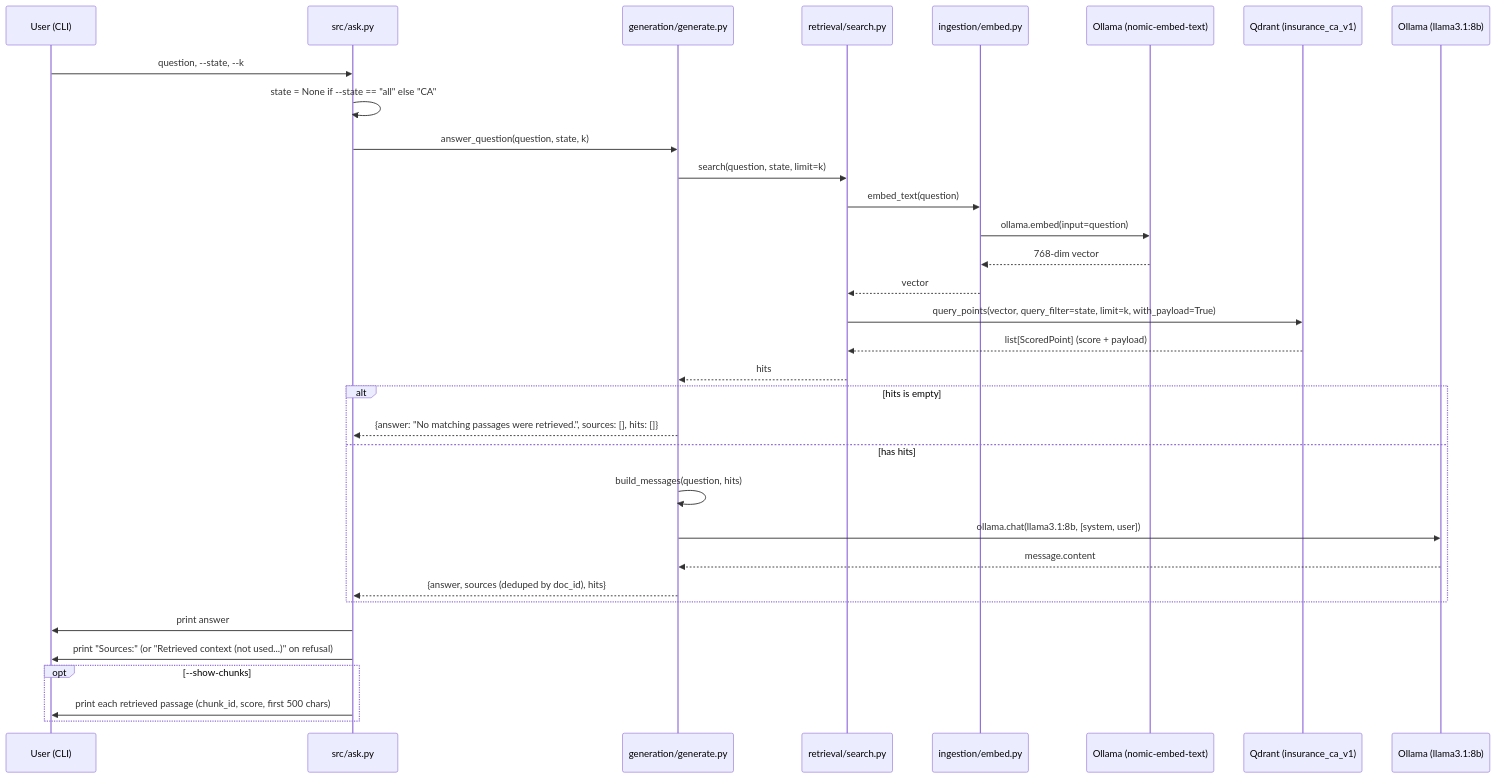
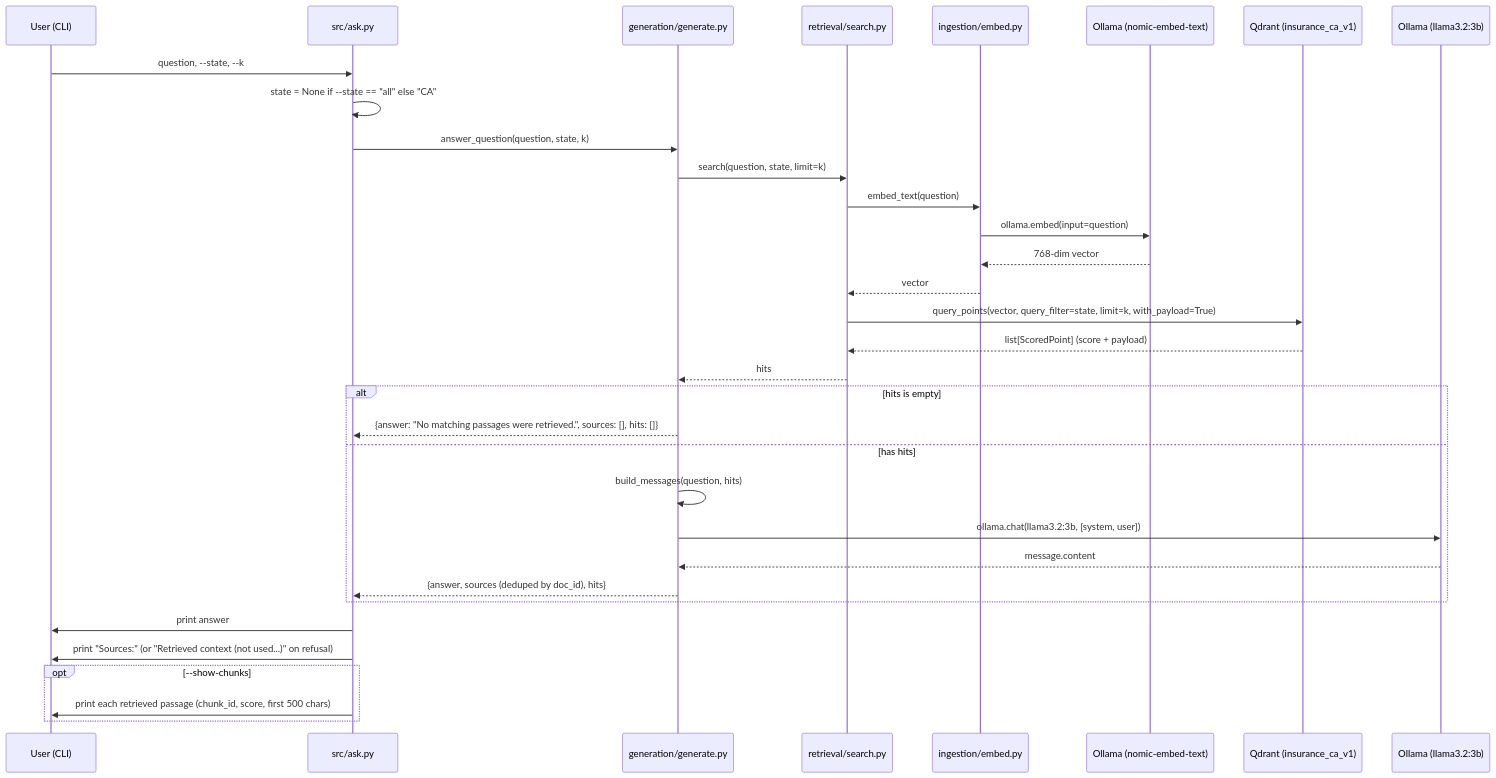
One commit to ashishrahate/insurance-rag changed the sixth of 6 diagrams in docs/pipeline.md. Above: the diagram before and after it, drawn with Mermaid. The commit also changed other lines of this file and 5 other files, not shown here.

````diff
--- a/docs/pipeline.md
+++ b/docs/pipeline.md
@@ -381,36 +384,36 @@
 ```mermaid
 sequenceDiagram
     participant U as User (CLI)
     participant ASK as src/ask.py
     participant GEN as generation/generate.py
     participant SR as retrieval/search.py
     participant EMB as ingestion/embed.py
     participant OLL_E as Ollama (nomic-embed-text)
     participant QD as Qdrant (insurance_ca_v1)
-    participant OLL_L as Ollama (llama3.1:8b)
+    participant OLL_L as Ollama (llama3.2:3b)
 
     U->>ASK: question, --state, --k
     ASK->>ASK: state = None if --state == "all" else "CA"
     ASK->>GEN: answer_question(question, state, k)
     GEN->>SR: search(question, state, limit=k)
     SR->>EMB: embed_text(question)
     EMB->>OLL_E: ollama.embed(input=question)
     OLL_E-->>EMB: 768-dim vector
     EMB-->>SR: vector
     SR->>QD: query_points(vector, query_filter=state, limit=k, with_payload=True)
     QD-->>SR: list[ScoredPoint] (score + payload)
     SR-->>GEN: hits
     alt hits is empty
         GEN-->>ASK: {answer: "No matching passages were retrieved.", sources: [], hits: []}
     else has hits
         GEN->>GEN: build_messages(question, hits)
-        GEN->>OLL_L: ollama.chat(llama3.1:8b, [system, user])
+        GEN->>OLL_L: ollama.chat(llama3.2:3b, [system, user])
         OLL_L-->>GEN: message.content
         GEN-->>ASK: {answer, sources (deduped by doc_id), hits}
     end
     ASK->>U: print answer
     ASK->>U: print "Sources:" (or "Retrieved context (not used...)" on refusal)
     opt --show-chunks
         ASK->>U: print each retrieved passage (chunk_id, score, first 500 chars)
     end
 ```
````
